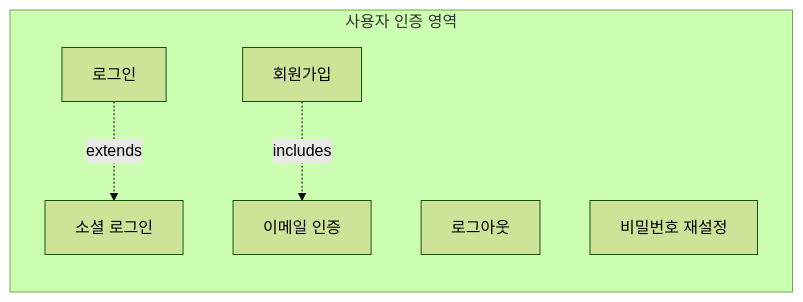
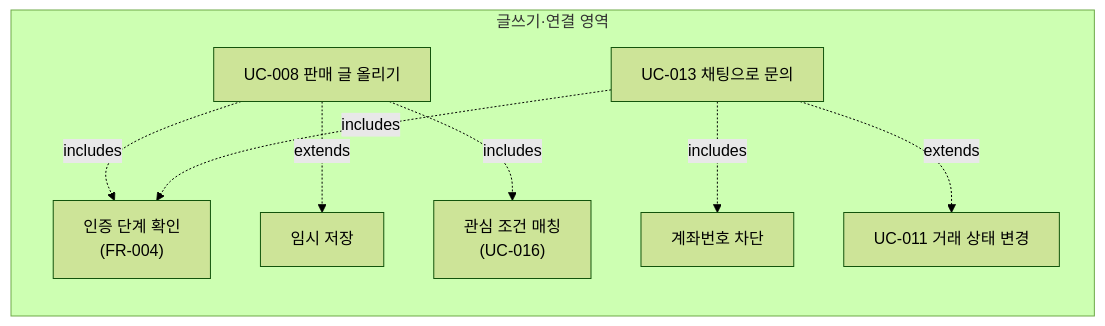
One commit to yuna14742/sookbak-sookbak changed the second of 3 diagrams in waterfall/01-요구사항분석/유스케이스명세서.md. Above: the diagram before and after it, drawn with Mermaid (forest theme). The commit also changed other lines of this file and 2 other files, not shown here.

````diff
--- a/waterfall/01-요구사항분석/유스케이스명세서.md
+++ b/waterfall/01-요구사항분석/유스케이스명세서.md
@@ -112,13 +114,19 @@
 ```mermaid
 flowchart LR
-    subgraph "사용자 인증 영역"
-        UC_REG["회원가입"]
-        UC_LOGIN["로그인"]
-        UC_SOCIAL["소셜 로그인"]
-        UC_LOGOUT["로그아웃"]
-        UC_PWD["비밀번호 재설정"]
+    subgraph "글쓰기·연결 영역"
+        UC008["UC-008 판매 글 올리기"]
+        UC013["UC-013 채팅으로 문의"]
+        UC011["UC-011 거래 상태 변경"]
+        GATE["인증 단계 확인<br/>(FR-004)"]
+        DRAFT["임시 저장"]
+        MATCH["관심 조건 매칭<br/>(UC-016)"]
+        BLOCKACC["계좌번호 차단"]
 
-        UC_LOGIN -.->|"extends"| UC_SOCIAL
-        UC_REG -.->|"includes"| UC_VERIFY["이메일 인증"]
+        UC008 -.->|"includes"| GATE
+        UC013 -.->|"includes"| GATE
+        UC008 -.->|"extends"| DRAFT
+        UC008 -.->|"includes"| MATCH
+        UC013 -.->|"includes"| BLOCKACC
+        UC013 -.->|"extends"| UC011
     end
 ```
````
